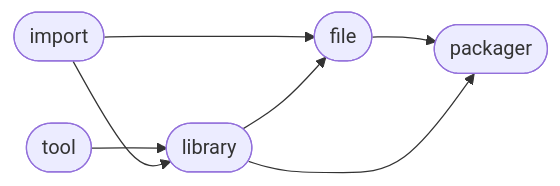
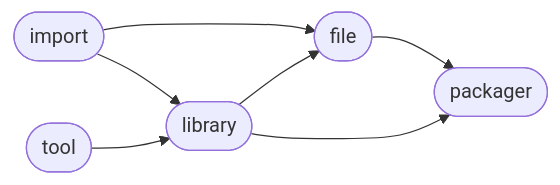
Before and after one commit to Mandera/Mandera: the diagram in README.md, drawn with Mermaid. The commit also changed other lines of this file, not shown here.

````diff
--- a/README.md
+++ b/README.md
@@ -6,14 +6,14 @@
 ```mermaid
 flowchart LR
 0([import]) --> 3([file])
+0([import]) --> 2([library])
+1([tool]) --> 2([library])
 3([file]) --> 4([packager])
-1([tool]) --> 2([library])
-0([import]) --> 2([library])
 2([library]) --> 4([packager])
 2([library]) --> 3([file])
 click 0 "https://github.com/ManderaGeneral/generalimport"
 click 1 "https://github.com/ManderaGeneral/generaltool"
 click 2 "https://github.com/ManderaGeneral/generallibrary"
 click 3 "https://github.com/ManderaGeneral/generalfile"
 click 4 "https://github.com/ManderaGeneral/generalpackager"
 ```
````
